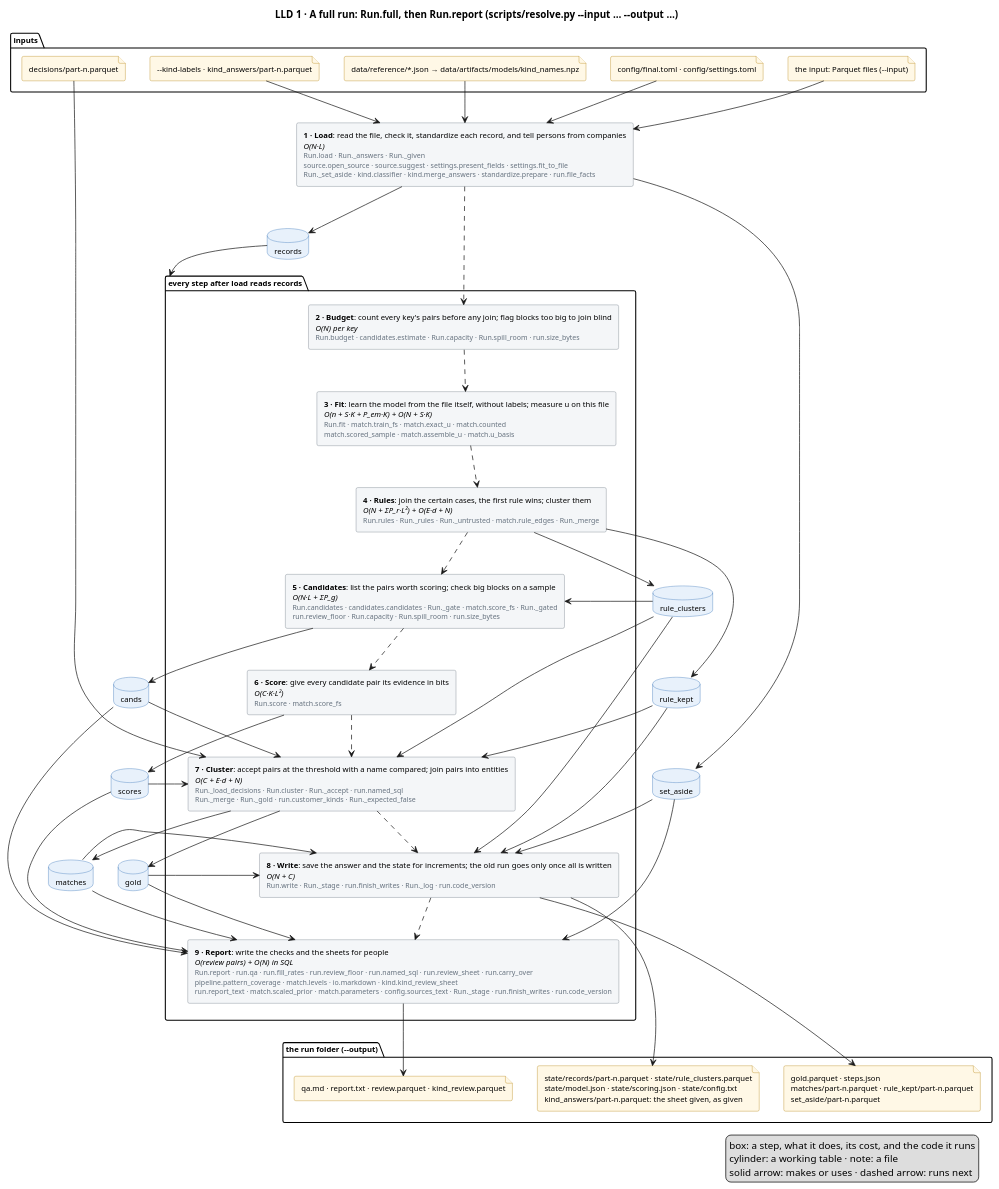
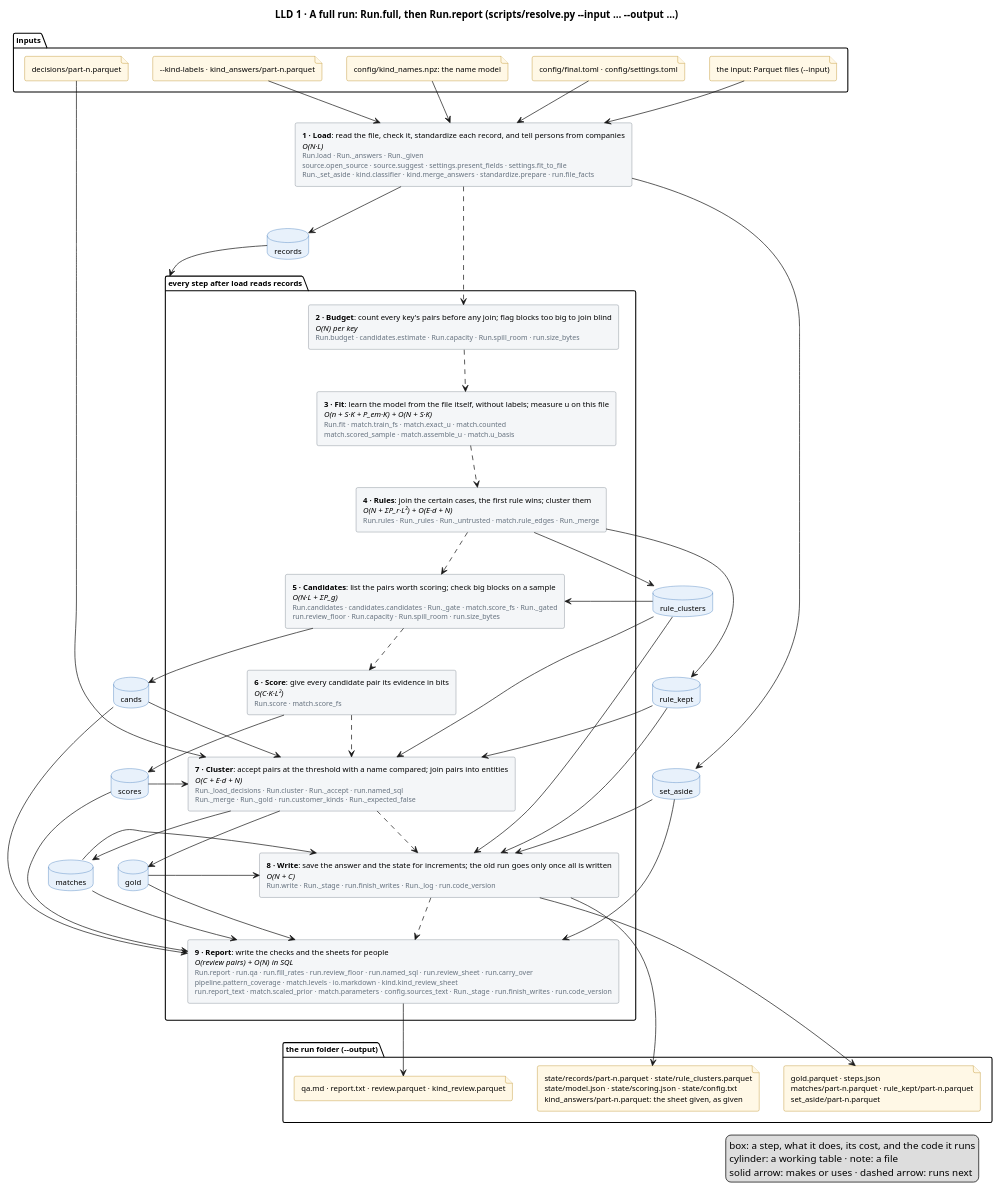
Before and after one commit to mvsbm/entity_matching: the diagram in docs/diagrams/full-run.puml, drawn with PlantUML. The commit also changed 22 other files, not shown here.

First line of the commit message:
The name model a design-time file a run only loads

```diff
--- a/docs/diagrams/full-run.puml
+++ b/docs/diagrams/full-run.puml
@@ -1,100 +1,100 @@
 @startuml full-run
 title LLD 1 · A full run: Run.full, then Run.report (scripts/resolve.py ~--input … ~--output …)
 skinparam defaultFontSize 11
 skinparam rectangle {
   BackgroundColor #F4F6F8
   BorderColor #65717E
 }
 skinparam database {
   BackgroundColor #E8F1FB
   BorderColor #2C6DB3
 }
 skinparam file {
   BackgroundColor #FFF8E6
   BorderColor #B07D00
 }
 
 package "inputs" {
   file "the input: Parquet files (~--input)" as f_input
   file "config/final.toml · config/settings.toml" as f_config
-  file "data/reference/*.json → data/artifacts/models/kind_names.npz" as f_names
+  file "config/kind_names.npz: the name model" as f_names
   file "~--kind-labels · kind_answers/part-n.parquet" as f_answers
   file "decisions/part-n.parquet" as f_decisions
 }
 
 
 rectangle "<b>1 · Load</b>: read the file, check it, standardize each record, and tell persons from companies\n<i>O(N·L)</i>\n<size:10><color:#65717E>Run.load · Run._answers · Run._given</color></size>\n<size:10><color:#65717E>source.open_source · source.suggest · settings.present_fields · settings.fit_to_file</color></size>\n<size:10><color:#65717E>Run._set_aside · kind.classifier · kind.merge_answers · standardize.prepare · run.file_facts</color></size>" as load
 package "every step after load reads records" as after_load {
   rectangle "<b>2 · Budget</b>: count every key's pairs before any join; flag blocks too big to join blind\n<i>O(N) per key</i>\n<size:10><color:#65717E>Run.budget · candidates.estimate · Run.capacity · Run.spill_room · run.size_bytes</color></size>" as budget
   rectangle "<b>3 · Fit</b>: learn the model from the file itself, without labels; measure u on this file\n<i>O(n + S·K + P_em·K) + O(N + S·K)</i>\n<size:10><color:#65717E>Run.fit · match.train_fs · match.exact_u · match.counted</color></size>\n<size:10><color:#65717E>match.scored_sample · match.assemble_u · match.u_basis</color></size>" as fit
   rectangle "<b>4 · Rules</b>: join the certain cases, the first rule wins; cluster them\n<i>O(N + ΣP_r·L²) + O(E·d + N)</i>\n<size:10><color:#65717E>Run.rules · Run._rules · Run._untrusted · match.rule_edges · Run._merge</color></size>" as rules
   rectangle "<b>5 · Candidates</b>: list the pairs worth scoring; check big blocks on a sample\n<i>O(N·L + ΣP_g)</i>\n<size:10><color:#65717E>Run.candidates · candidates.candidates · Run._gate · match.score_fs · Run._gated</color></size>\n<size:10><color:#65717E>run.review_floor · Run.capacity · Run.spill_room · run.size_bytes</color></size>" as candidates
   rectangle "<b>6 · Score</b>: give every candidate pair its evidence in bits\n<i>O(C·K·L²)</i>\n<size:10><color:#65717E>Run.score · match.score_fs</color></size>" as score
   rectangle "<b>7 · Cluster</b>: accept pairs at the threshold with a name compared; join pairs into entities\n<i>O(C + E·d + N)</i>\n<size:10><color:#65717E>Run._load_decisions · Run.cluster · Run._accept · run.named_sql</color></size>\n<size:10><color:#65717E>Run._merge · Run._gold · run.customer_kinds · Run._expected_false</color></size>" as cluster
   rectangle "<b>8 · Write</b>: save the answer and the state for increments; the old run goes only once all is written\n<i>O(N + C)</i>\n<size:10><color:#65717E>Run.write · Run._stage · run.finish_writes · Run._log · run.code_version</color></size>" as write
   rectangle "<b>9 · Report</b>: write the checks and the sheets for people\n<i>O(review pairs) + O(N) in SQL</i>\n<size:10><color:#65717E>Run.report · run.qa · run.fill_rates · run.review_floor · run.named_sql · run.review_sheet · run.carry_over</color></size>\n<size:10><color:#65717E>pipeline.pattern_coverage · match.levels · io.markdown · kind.kind_review_sheet</color></size>\n<size:10><color:#65717E>run.report_text · match.scaled_prior · match.parameters · config.sources_text · Run._stage · run.finish_writes · run.code_version</color></size>" as report
 }
 database "records" as records
 database "set_aside" as set_aside
 database "rule_clusters" as rule_clusters
 database "rule_kept" as rule_kept
 database "cands" as cands
 database "scores" as scores
 database "matches" as matches
 database "gold" as gold
 
 package "the run folder (~--output)" {
   file "gold.parquet · steps.json\nmatches/part-n.parquet · rule_kept/part-n.parquet\nset_aside/part-n.parquet" as f_out
   file "state/records/part-n.parquet · state/rule_clusters.parquet\nstate/model.json · state/scoring.json · state/config.txt\nkind_answers/part-n.parquet: the sheet given, as given" as f_state
   file "qa.md · report.txt · review.parquet · kind_review.parquet" as f_people
 }
 
 f_input --> load
 f_config --> load
 f_names --> load
 f_answers --> load
 f_decisions --> cluster
 
 load ..> budget
 budget ..> fit
 fit ..> rules
 rules ..> candidates
 candidates ..> score
 score ..> cluster
 cluster ..> write
 write ..> report
 
 load --> records
 load --> set_aside
 records --> after_load
 rules --> rule_clusters
 rules --> rule_kept
 rule_clusters --> candidates
 rule_clusters --> cluster
 rule_clusters --> write
 rule_kept --> cluster
 rule_kept --> write
 candidates --> cands
 cands --> cluster
 cands --> report
 score --> scores
 scores --> cluster
 scores --> report
 cluster --> matches
 cluster --> gold
 matches --> write
 matches --> report
 gold --> write
 gold --> report
 set_aside --> write
 set_aside --> report
 
 write --> f_out
 write --> f_state
 report --> f_people
 legend right
   box: a step, what it does, its cost, and the code it runs
   cylinder: a working table · note: a file
   solid arrow: makes or uses · dashed arrow: runs next
 endlegend
 @enduml
```
